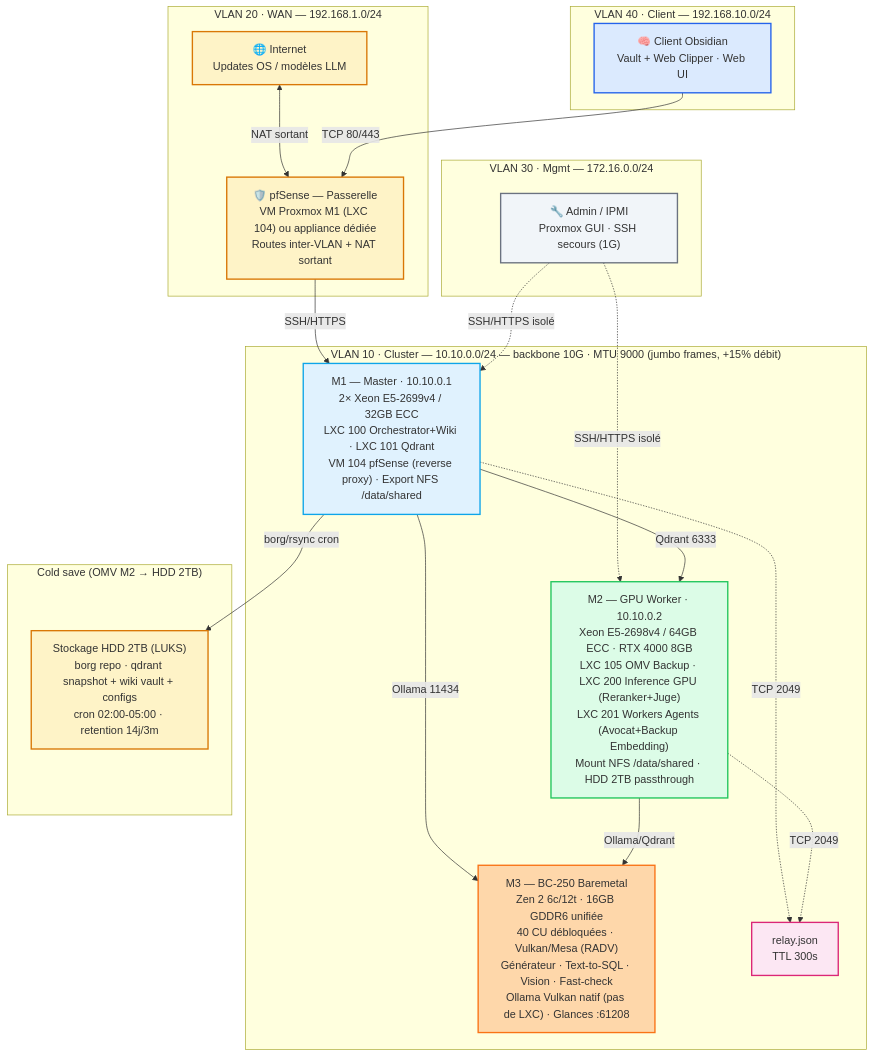
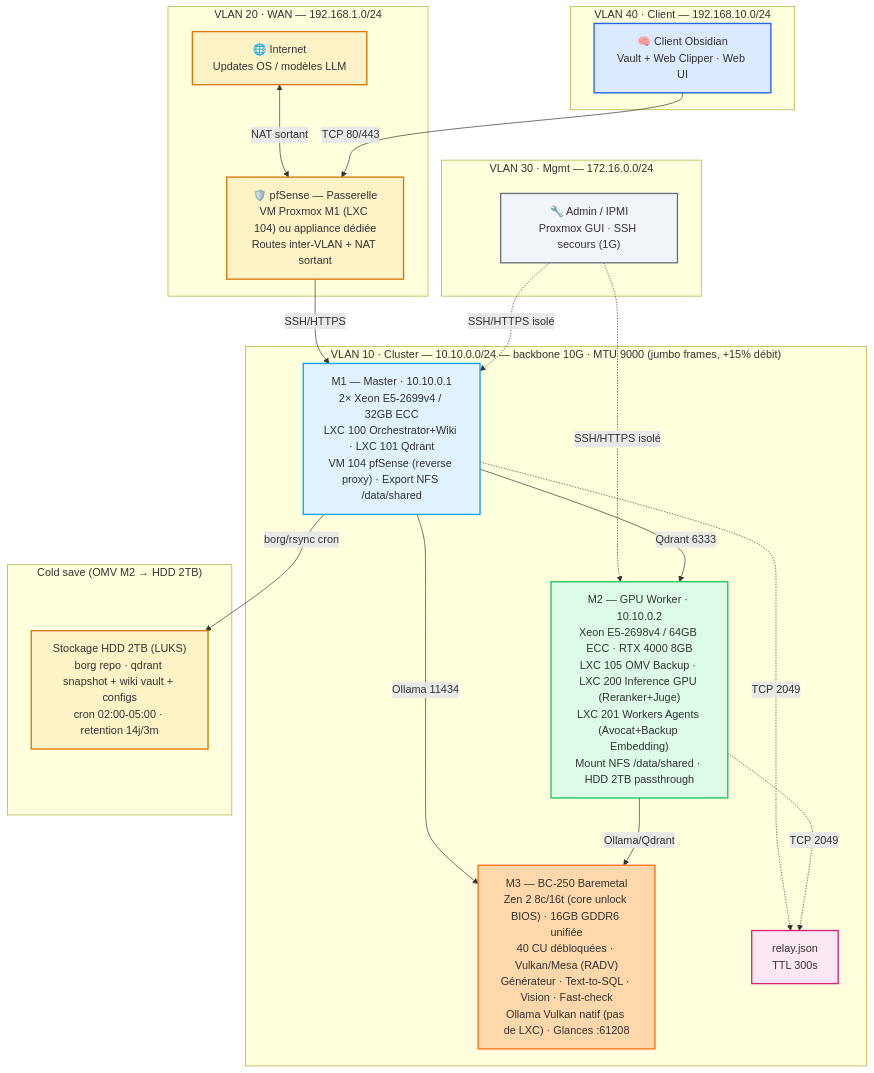
One commit to chelmooz/rag-multi-agent-cluster changed the fifth of 6 diagrams in README.md. Above: the diagram before and after it, drawn with Mermaid. The commit also changed other lines of this file and 8 other files, not shown here.

Commit message:
docs: BIOS Forbidden-Darkness = image complète (P3.00 inutile en préalable) + harmonisation mermaid/OS

````diff
--- a/README.md
+++ b/README.md
@@ -283,47 +283,47 @@
 ```mermaid
 flowchart TB
     classDef wan fill:#fef3c7,stroke:#d97706,stroke-width:2px
     classDef client fill:#dbeafe,stroke:#2563eb,stroke-width:2px
     classDef mgmt fill:#f1f5f9,stroke:#6b7280,stroke-width:2px
     classDef m1 fill:#e0f2fe,stroke:#0ea5e9,stroke-width:2px
     classDef m2 fill:#dcfce7,stroke:#22c55e,stroke-width:2px
     classDef m3 fill:#fed7aa,stroke:#f97316,stroke-width:2px
     classDef relay fill:#fce7f3,stroke:#db2777,stroke-width:2px
     classDef cold fill:#fef3c7,stroke:#d97706,stroke-width:2px
 
     subgraph VLAN20["VLAN 20 · WAN — 192.168.1.0/24"]
         Internet["🌐 Internet<br/>Updates OS / modèles LLM"]:::wan
         pfSense["🛡️ pfSense — Passerelle<br/>VM Proxmox M1 (LXC 104) ou appliance dédiée<br/>Routes inter-VLAN + NAT sortant"]:::wan
     end
 
     subgraph VLAN40["VLAN 40 · Client — 192.168.10.0/24"]
         Obsidian["🧠 Client Obsidian<br/>Vault + Web Clipper · Web UI"]:::client
     end
 
     subgraph VLAN30["VLAN 30 · Mgmt — 172.16.0.0/24"]
         Admin["🔧 Admin / IPMI<br/>Proxmox GUI · SSH secours (1G)"]:::mgmt
     end
 
 subgraph VLAN10["VLAN 10 · Cluster — 10.10.0.0/24 — backbone 10G · MTU 9000 (jumbo frames, +15% débit)"]
         M1["M1 — Master · 10.10.0.1<br/>2× Xeon E5-2699v4 / 32GB ECC<br/>LXC 100 Orchestrator+Wiki · LXC 101 Qdrant<br/>VM 104 pfSense (reverse proxy) · Export NFS /data/shared"]:::m1
         M2["M2 — GPU Worker · 10.10.0.2<br/>Xeon E5-2698v4 / 64GB ECC · RTX 4000 8GB<br/>LXC 105 OMV Backup · LXC 200 Inference GPU (Reranker+Juge)<br/>LXC 201 Workers Agents (Avocat+Backup Embedding)<br/>Mount NFS /data/shared · HDD 2TB passthrough"]:::m2
-        M3["M3 — BC-250 Baremetal<br/>Zen 2 6c/12t · 16GB GDDR6 unifiée<br/>40 CU débloquées · Vulkan/Mesa (RADV)<br/>Générateur · Text-to-SQL · Vision · Fast-check<br/>Ollama Vulkan natif (pas de LXC) · Glances :61208"]:::m3
+        M3["M3 — BC-250 Baremetal<br/>Zen 2 8c/16t (core unlock BIOS) · 16GB GDDR6 unifiée<br/>40 CU débloquées · Vulkan/Mesa (RADV)<br/>Générateur · Text-to-SQL · Vision · Fast-check<br/>Ollama Vulkan natif (pas de LXC) · Glances :61208"]:::m3
         Relay["relay.json<br/>TTL 300s"]:::relay
     end
 
     subgraph COLDBOX["Cold save (OMV M2 → HDD 2TB)"]
         HDD["Stockage HDD 2TB (LUKS)<br/>borg repo · qdrant snapshot + wiki vault + configs<br/>cron 02:00-05:00 · retention 14j/3m"]:::cold
     end
 
     Internet <--> |NAT sortant| pfSense
     Obsidian -->|TCP 80/443| pfSense
     pfSense -->|SSH/HTTPS| M1
     Admin -.->|SSH/HTTPS isolé| M1
     Admin -.->|SSH/HTTPS isolé| M2
     M1 -->|Qdrant 6333| M2
     M1 -->|Ollama 11434| M3
     M2 -->|Ollama/Qdrant| M3
     M1 -.->|TCP 2049| Relay
     M2 -.->|TCP 2049| Relay
     M1 -->|borg/rsync cron| HDD
 ```
````
